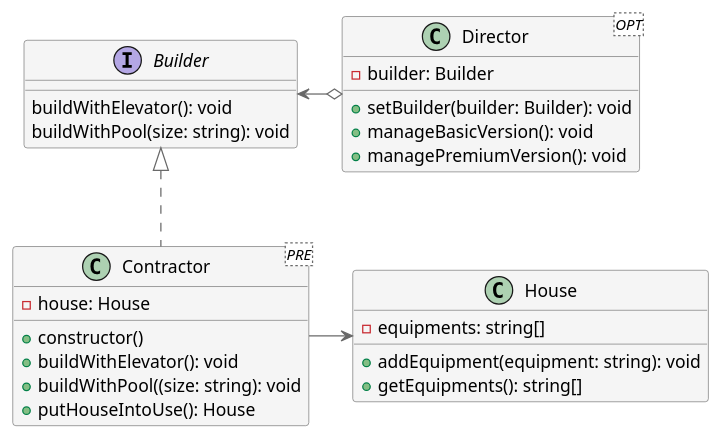
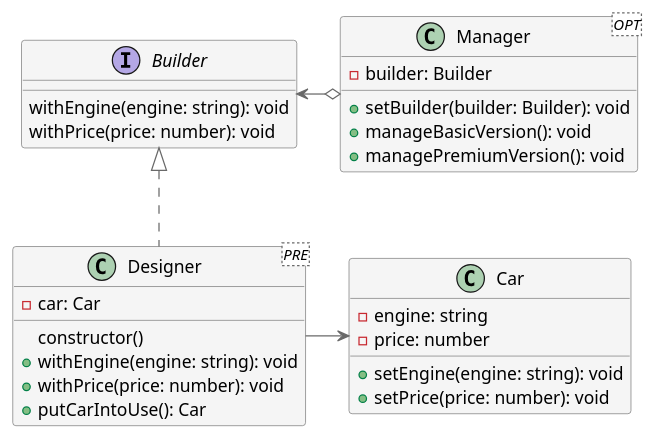
Before and after one commit to plkpiotr/design-patterns: the diagram in src/app/creational/builder/builder.puml, drawn with PlantUML. The commit also changed other lines of this file and 10 other files, not shown here.

```diff
--- a/src/app/creational/builder/builder.puml
+++ b/src/app/creational/builder/builder.puml
@@ -1,39 +1,40 @@
 @startuml
 
 skinparam class {
   backgroundColor whitesmoke
   arrowColor dimgrey
   borderColor dimgrey
 }
 
 interface Builder {
-  buildWithElevator(): void
-  buildWithPool(size: string): void
+  withEngine(engine: string): void
+  withPrice(price: number): void
 }
 
-class Director <OPT> {
+class Manager <OPT> {
   - builder: Builder
   + setBuilder(builder: Builder): void
   + manageBasicVersion(): void
   + managePremiumVersion(): void
 }
 
-class Contractor <PRE> {
-  - house: House
-  + constructor()
-  + buildWithElevator(): void
-  + buildWithPool((size: string): void
-  + putHouseIntoUse(): House
+class Designer <PRE> {
+  - car: Car
+    constructor()
+  + withEngine(engine: string): void
+  + withPrice(price: number): void
+  + putCarIntoUse(): Car
 }
 
-class House {
-  - equipments: string[]
-  + addEquipment(equipment: string): void
-  + getEquipments(): string[]
+class Car {
+  - engine: string
+  - price: number
+  + setEngine(engine: string): void
+  + setPrice(price: number): void
 }
 
-Builder <-o Director
-Builder <|.. Contractor
-Contractor -> House
+Builder <-o Manager
+Builder <|.. Designer
+Designer -> Car
 
 @enduml
```
